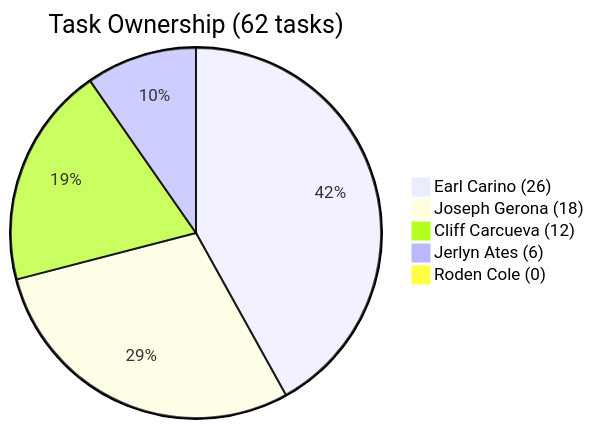
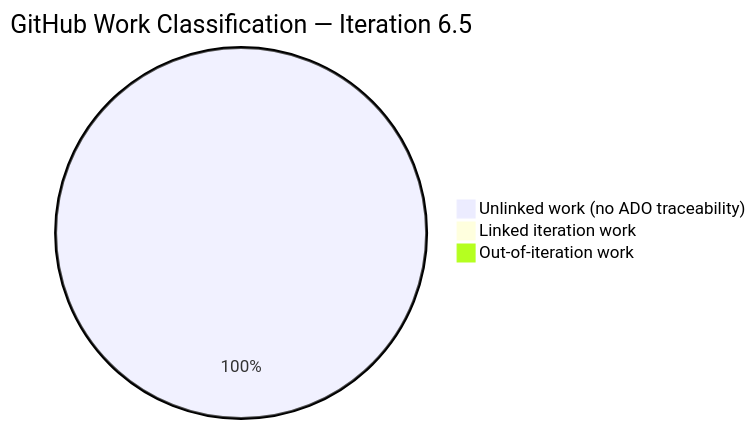
Before and after one commit to jairosoft-com/iteration_audi: the sixth of 13 diagrams in git_aa_dev/audit/AUDIT_2026-03-10_202500.md, drawn with Mermaid. The commit also changed other lines of this file and 3 other files, not shown here.

Commit message:
Enhance .gitignore to include temp and report directories, update CLAUDE.md with new audit report details and preferences, and revise AUDIT_2026-03-10_202500.md to reflect updated GitHub data and critical findings.

````diff
--- a/git_aa_dev/audit/AUDIT_2026-03-10_202500.md
+++ b/git_aa_dev/audit/AUDIT_2026-03-10_202500.md
@@ -118,8 +251,6 @@
 ```mermaid
-pie title Task Ownership (62 tasks)
-    "Earl Carino (26)" : 26
-    "Joseph Gerona (18)" : 18
-    "Cliff Carcueva (12)" : 12
-    "Jerlyn Ates (6)" : 6
-    "Roden Cole (0)" : 0
+pie title GitHub Work Classification — Iteration 6.5
+    "Unlinked work (no ADO traceability)" : 10
+    "Linked iteration work" : 0
+    "Out-of-iteration work" : 0
 ```
````
